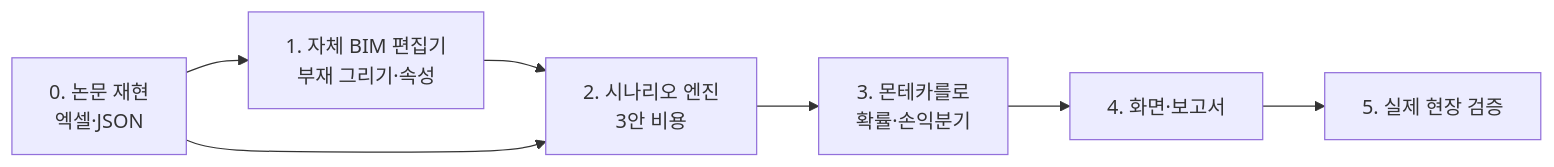
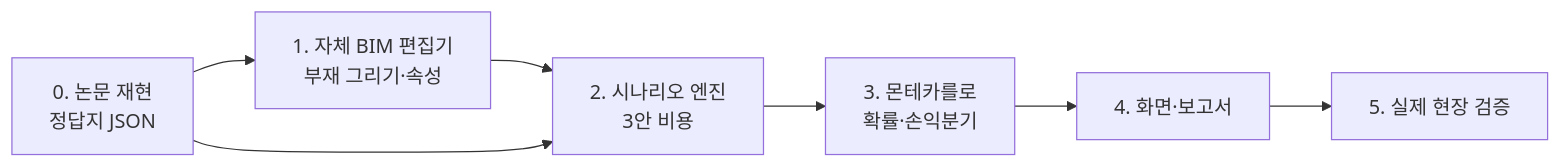
One commit to mungim5556-ui/nijja changed the diagram in docs/obsidian/분별해체 경제성 BIM 구현 계획.md. Above: the diagram before and after it, drawn with Mermaid. The commit also changed other lines of this file, not shown here.

````diff
--- a/docs/obsidian/분별해체 경제성 BIM 구현 계획.md
+++ b/docs/obsidian/분별해체 경제성 BIM 구현 계획.md
@@ -90,9 +321,9 @@
 ```mermaid
 flowchart LR
-    P0[0. 논문 재현<br/>엑셀·JSON] --> P1[1. 자체 BIM 편집기<br/>부재 그리기·속성]
+    P0[0. 논문 재현<br/>정답지 JSON] --> P1[1. 자체 BIM 편집기<br/>부재 그리기·속성]
     P1 --> P2[2. 시나리오 엔진<br/>3안 비용]
     P0 --> P2
     P2 --> P3[3. 몬테카를로<br/>확률·손익분기]
     P3 --> P4[4. 화면·보고서]
     P4 --> P5[5. 실제 현장 검증]
 ```
````
